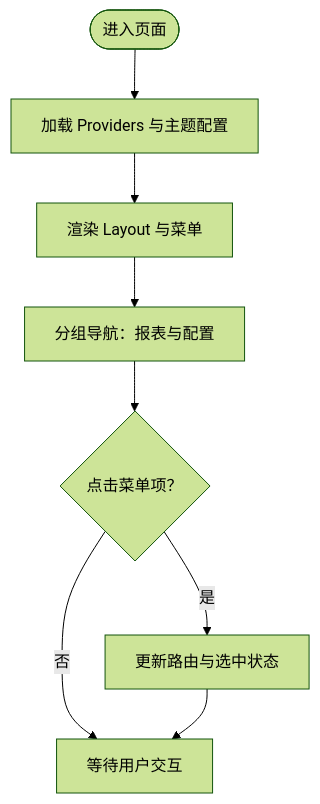
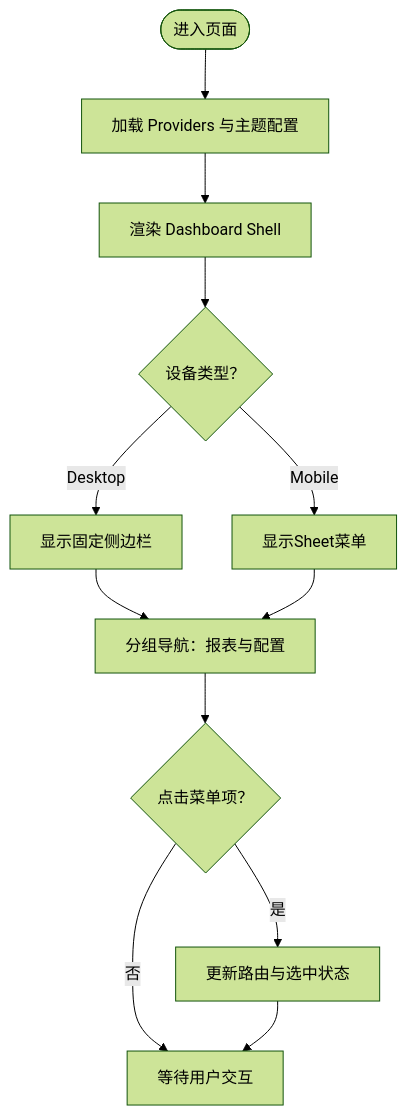
One commit to zhen-zhong/AeroLog changed the fourth of 11 diagrams in .qoder/repowiki/zh/content/Web控制台/Web控制台.md. Above: the diagram before and after it, drawn with Mermaid (forest theme). The commit also changed other lines of this file and 72 other files, not shown here.

````diff
--- a/.qoder/repowiki/zh/content/Web控制台/Web控制台.md
+++ b/.qoder/repowiki/zh/content/Web控制台/Web控制台.md
@@ -248,10 +299,14 @@
 ```mermaid
 flowchart TD
 Start(["进入页面"]) --> Load["加载 Providers 与主题配置"]
-Load --> Render["渲染 Layout 与菜单"]
-Render --> Group["分组导航：报表与配置"]
+Load --> Render["渲染 Dashboard Shell"]
+Render --> Check{"设备类型？"}
+Check --> |Desktop| Desktop["显示固定侧边栏"]
+Check --> |Mobile| Mobile["显示Sheet菜单"]
+Desktop --> Group["分组导航：报表与配置"]
+Mobile --> Group
 Group --> Select{"点击菜单项？"}
 Select --> |是| Navigate["更新路由与选中状态"]
 Select --> |否| Wait["等待用户交互"]
 Navigate --> Wait
 ```
````
